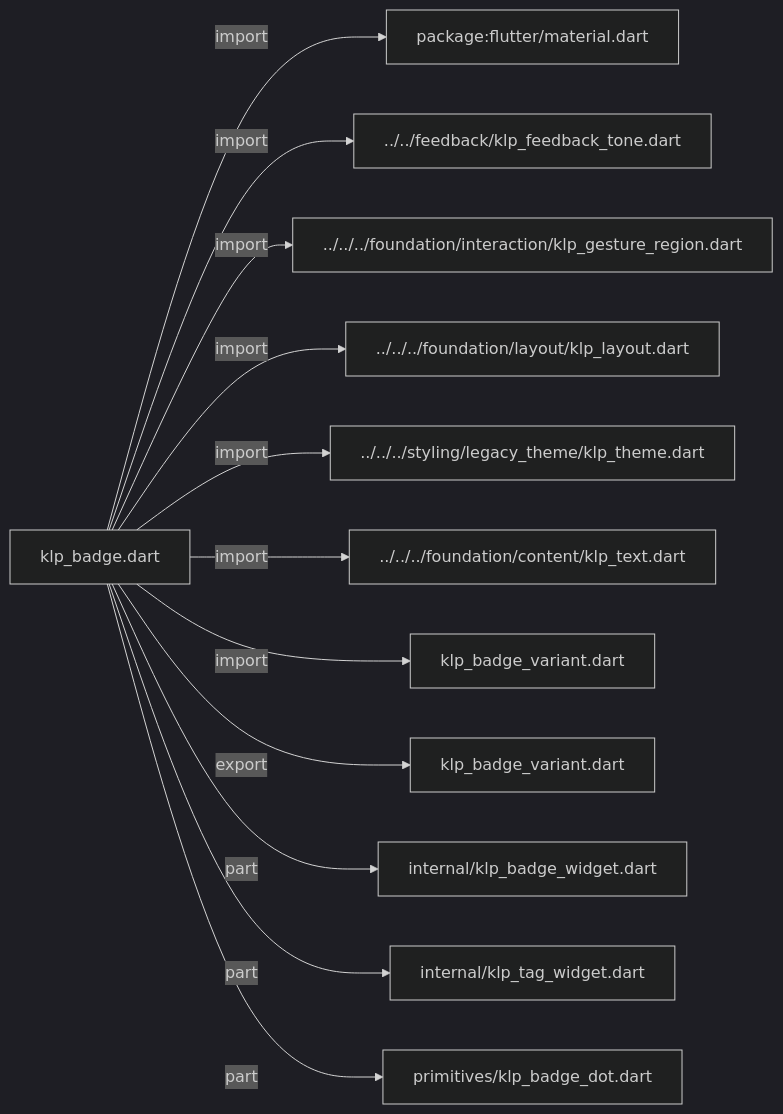
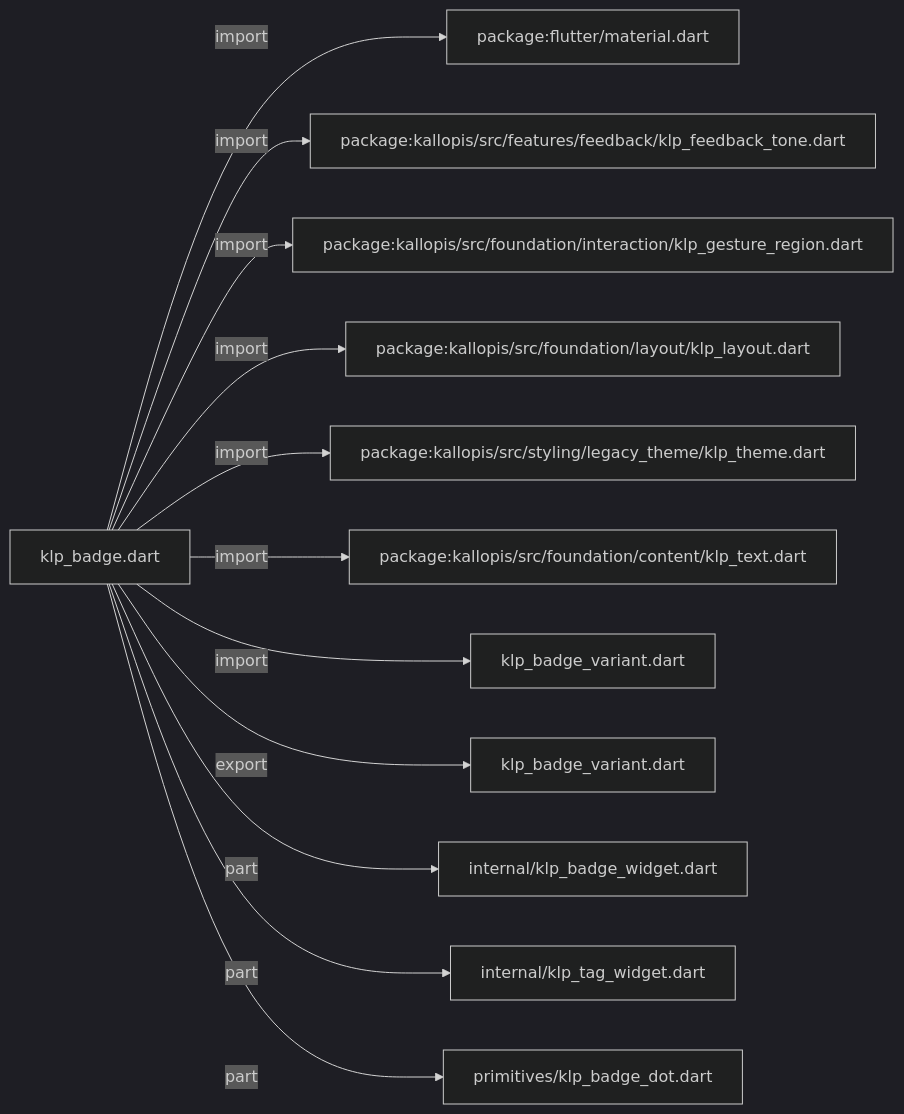
The first of 2 diagrams in docs/architecture/src/features/collections/badge/klp_badge.md (MiuDog/Kallopis), drawn with Mermaid (dark theme) before and after one commit. The commit also changed other lines of this file and 9688 other files, not shown here.

Commit message:
Prepare isolated Flow F2 peer baseline

````diff
--- a/docs/architecture/src/features/collections/badge/klp_badge.md
+++ b/docs/architecture/src/features/collections/badge/klp_badge.md
@@ -11,26 +11,26 @@
 ```mermaid
 flowchart LR
 	n0["klp_badge.dart"]
 	n1["package:flutter/material.dart"]
-	n2["../../feedback/klp_feedback_tone.dart"]
-	n3["../../../foundation/interaction/klp_gesture_region.dart"]
-	n4["../../../foundation/layout/klp_layout.dart"]
-	n5["../../../styling/legacy_theme/klp_theme.dart"]
-	n6["../../../foundation/content/klp_text.dart"]
+	n2["package:kallopis/src/features/feedback/klp_feedback_tone.dart"]
+	n3["package:kallopis/src/foundation/interaction/klp_gesture_region.dart"]
+	n4["package:kallopis/src/foundation/layout/klp_layout.dart"]
+	n5["package:kallopis/src/styling/legacy_theme/klp_theme.dart"]
+	n6["package:kallopis/src/foundation/content/klp_text.dart"]
 	n7["klp_badge_variant.dart"]
 	n8["klp_badge_variant.dart"]
 	n9["internal/klp_badge_widget.dart"]
 	n10["internal/klp_tag_widget.dart"]
 	n11["primitives/klp_badge_dot.dart"]
 	n0 -->|"import"| n1
 	n0 -->|"import"| n2
 	n0 -->|"import"| n3
 	n0 -->|"import"| n4
 	n0 -->|"import"| n5
 	n0 -->|"import"| n6
 	n0 -->|"import"| n7
 	n0 -->|"export"| n8
 	n0 -->|"part"| n9
 	n0 -->|"part"| n10
 	n0 -->|"part"| n11
 ```
````
